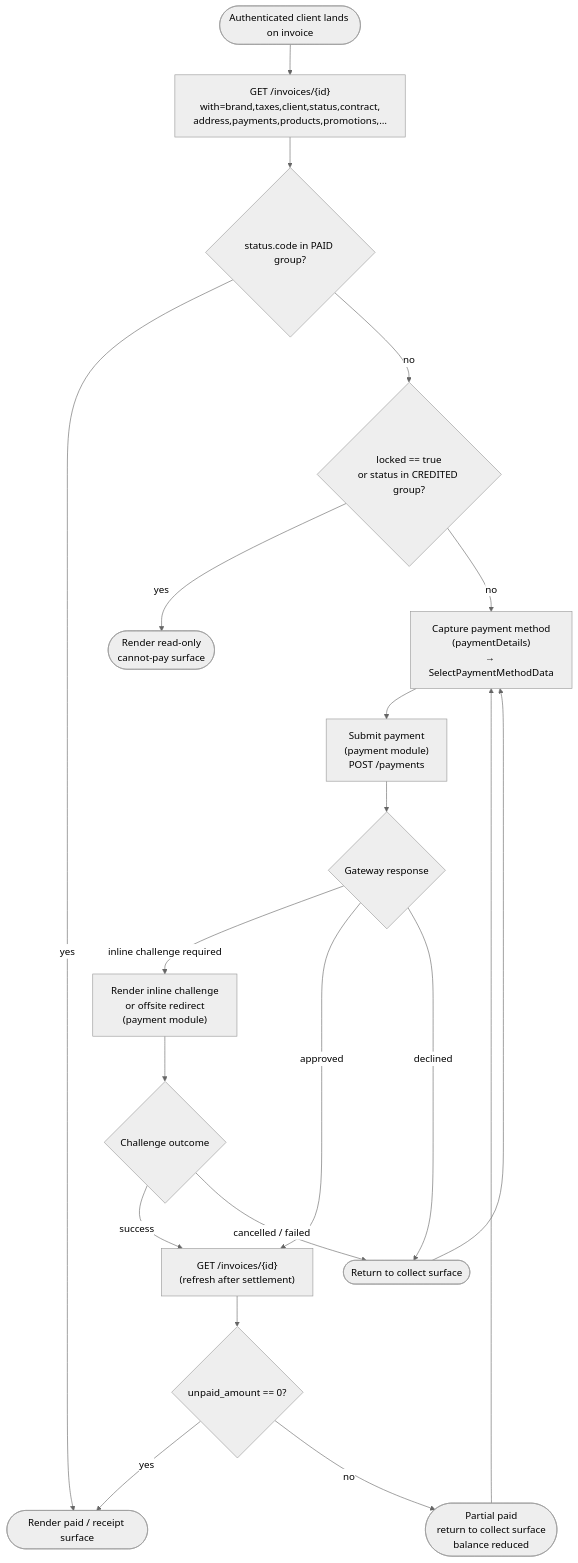
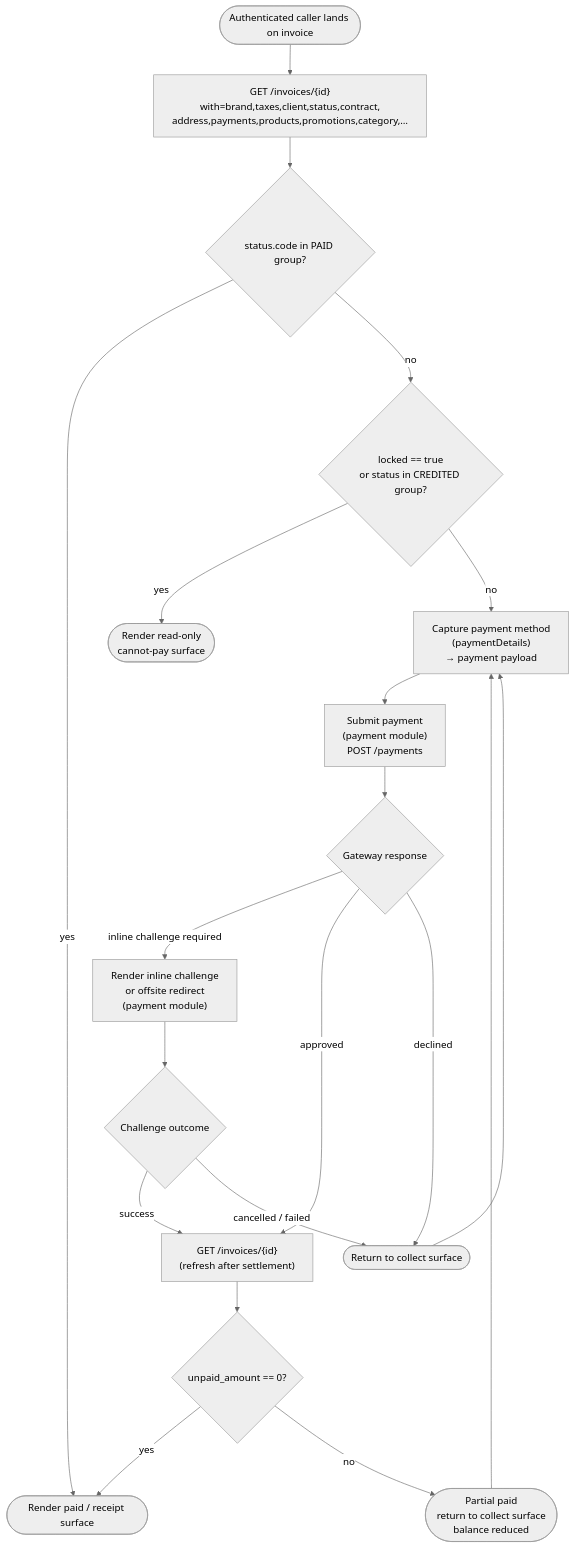
The first of 3 diagrams in packages/headless/src/modules/invoices/docs/foundation.md (upmind/upmind-ui), drawn with Mermaid (neutral theme) before and after one commit. The commit also changed other lines of this file and 8 other files, not shown here.

````diff
--- a/packages/headless/src/modules/invoices/docs/foundation.md
+++ b/packages/headless/src/modules/invoices/docs/foundation.md
@@ -601,22 +702,22 @@
 ```mermaid
 flowchart TD
-    A([Authenticated client lands on invoice]) --> B["GET /invoices/{id}<br/>with=brand,taxes,client,status,contract,<br/>address,payments,products,promotions,…"]
+    A([Authenticated caller lands on invoice]) --> B["GET /invoices/{id}<br/>with=brand,taxes,client,status,contract,<br/>address,payments,products,promotions,category,…"]
     B --> C{status.code in PAID group?}
     C -->|yes| D([Render paid / receipt surface])
     C -->|no| E{locked == true<br/>or status in CREDITED group?}
     E -->|yes| F([Render read-only<br/>cannot-pay surface])
-    E -->|no| G["Capture payment method<br/>(paymentDetails)<br/>→ SelectPaymentMethodData"]
+    E -->|no| G["Capture payment method<br/>(paymentDetails)<br/>→ payment payload"]
     G --> H["Submit payment<br/>(payment module)<br/>POST /payments"]
     H --> I{Gateway response}
     I -->|inline challenge required| J["Render inline challenge<br/>or offsite redirect<br/>(payment module)"]
     J --> K{Challenge outcome}
     K -->|success| L["GET /invoices/{id}<br/>(refresh after settlement)"]
     K -->|cancelled / failed| M([Return to collect surface])
     I -->|approved| L
     I -->|declined| M
     L --> N{unpaid_amount == 0?}
     N -->|yes| D
     N -->|no| O([Partial paid<br/>return to collect surface<br/>balance reduced])
     M --> G
     O --> G
 ```
````
